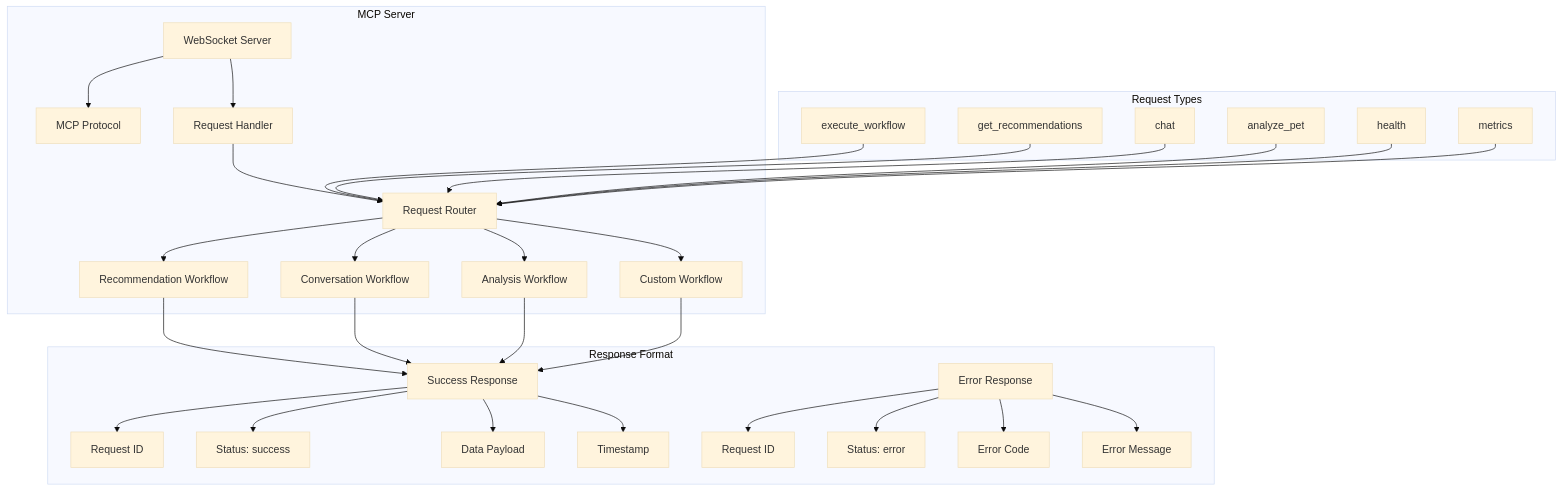
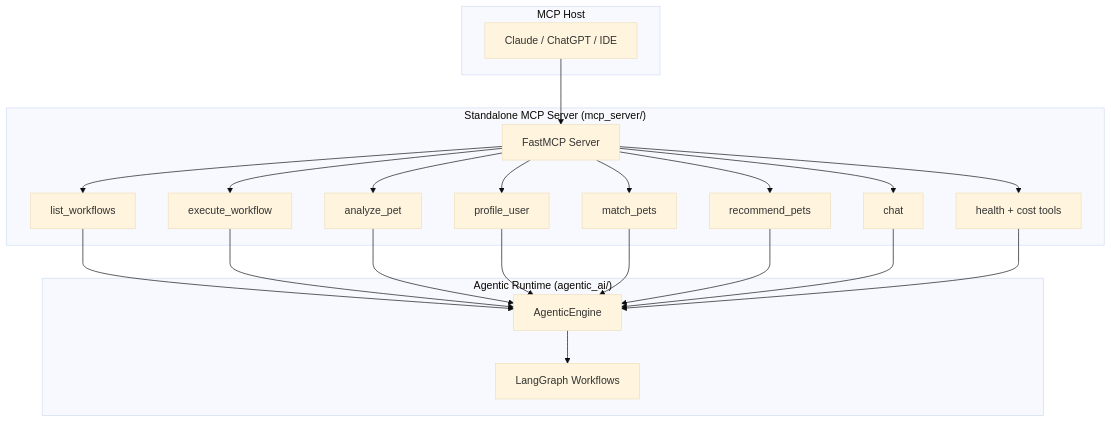
Before and after one commit to hoangsonww/PetSwipe-Match-App: the sixth of 8 diagrams in agentic_ai/README.md, drawn with Mermaid (base theme). The commit also changed other lines of this file and 47 other files, not shown here.

Commit message:
feat(mcp): introduce standalone MCP server and client with configuration and tools

````diff
--- a/agentic_ai/README.md
+++ b/agentic_ai/README.md
@@ -361,51 +364,42 @@
 ```mermaid
 graph TB
-    subgraph "MCP Server"
-        Server[WebSocket Server]
-        Server --> Protocol[MCP Protocol]
-        Server --> Handler[Request Handler]
-
-        Handler --> Router[Request Router]
-
-        Router --> WF1[Recommendation Workflow]
-        Router --> WF2[Conversation Workflow]
-        Router --> WF3[Analysis Workflow]
-        Router --> WF4[Custom Workflow]
+    subgraph "MCP Host"
+        Host[Claude / ChatGPT / IDE]
     end
 
-    subgraph "Request Types"
-        RT1[execute_workflow]
-        RT2[get_recommendations]
-        RT3[chat]
-        RT4[analyze_pet]
-        RT5[health]
-        RT6[metrics]
+    subgraph "Standalone MCP Server (mcp_server/)"
+        MCP[FastMCP Server]
+        T1[list_workflows]
+        T2[execute_workflow]
+        T3[analyze_pet]
+        T4[profile_user]
+        T5[match_pets]
+        T6[recommend_pets]
+        T7[chat]
+        T8[health + cost tools]
     end
 
-    subgraph "Response Format"
-        Success[Success Response]
-        Error[Error Response]
-
-        Success --> ID[Request ID]
-        Success --> Status[Status: success]
-        Success --> Data[Data Payload]
-        Success --> TS[Timestamp]
-
-        Error --> EID[Request ID]
-        Error --> EStatus[Status: error]
-        Error --> ECode[Error Code]
-        Error --> EMsg[Error Message]
+    subgraph "Agentic Runtime (agentic_ai/)"
+        Engine[AgenticEngine]
+        WF[LangGraph Workflows]
     end
 
-    RT1 --> Router
-    RT2 --> Router
-    RT3 --> Router
-    RT4 --> Router
-    RT5 --> Router
-    RT6 --> Router
-
-    WF1 --> Success
-    WF2 --> Success
-    WF3 --> Success
-    WF4 --> Success
+    Host --> MCP
+    MCP --> T1
+    MCP --> T2
+    MCP --> T3
+    MCP --> T4
+    MCP --> T5
+    MCP --> T6
+    MCP --> T7
+    MCP --> T8
+    T1 --> Engine
+    T2 --> Engine
+    T3 --> Engine
+    T4 --> Engine
+    T5 --> Engine
+    T6 --> Engine
+    T7 --> Engine
+    T8 --> Engine
+    Engine --> WF
 ```
````
